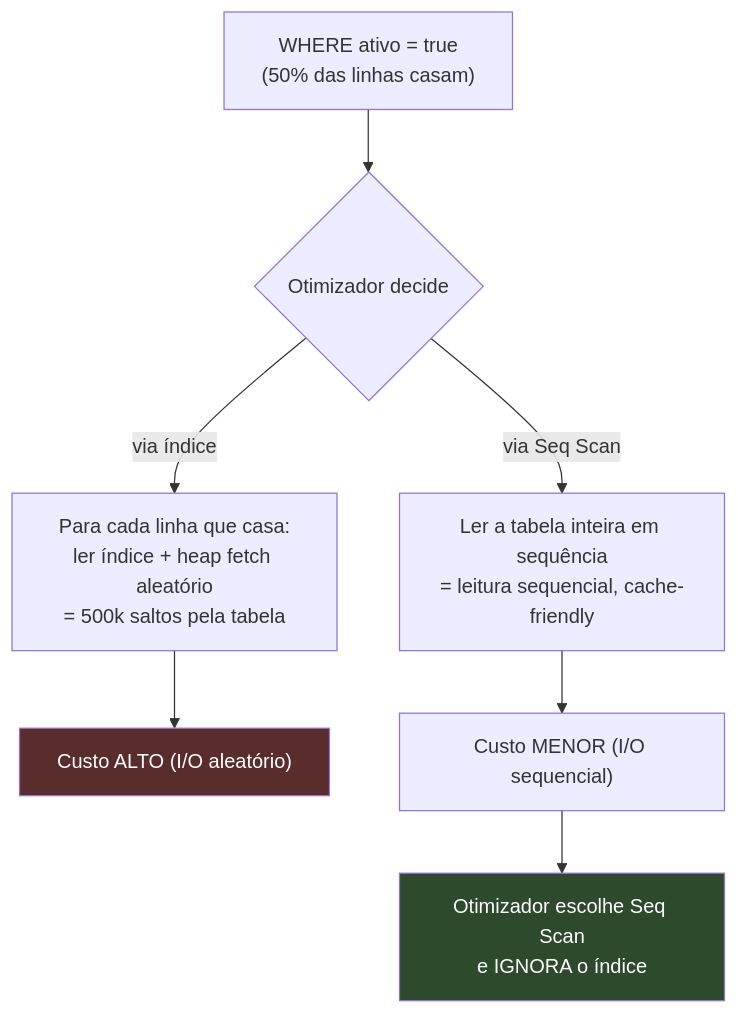
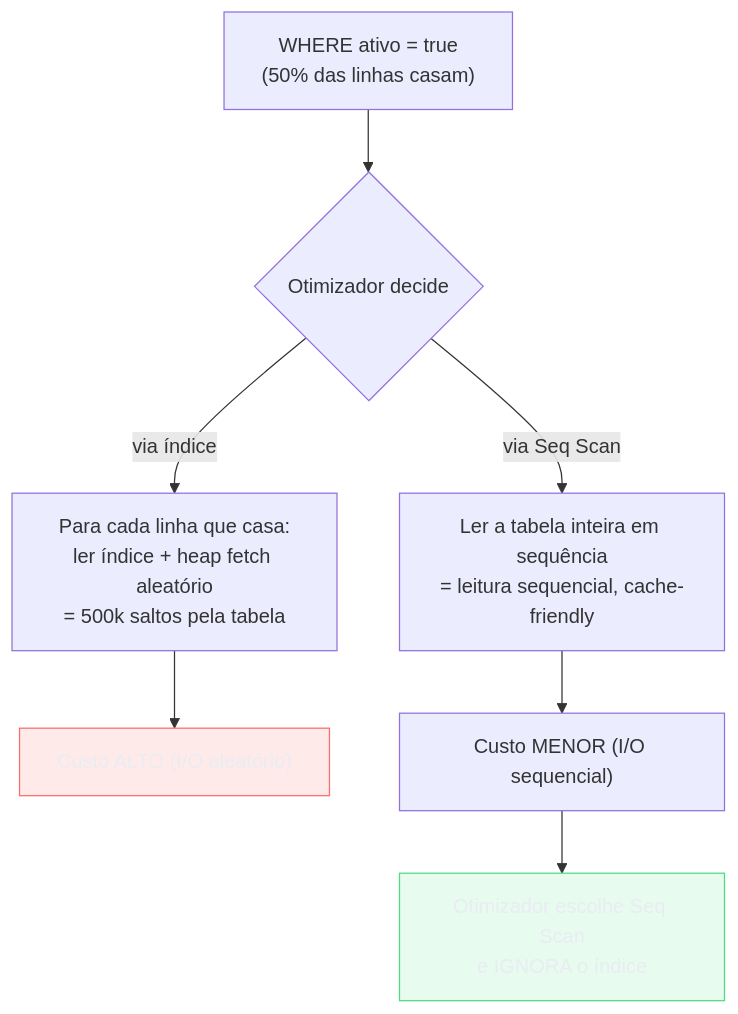
One commit to josenaldo/codex-technomanticus changed the third of 4 diagrams in 03-Dominios/Ciência/Banco de Dados/07 - Índices.md. Above: the diagram before and after it, drawn with Mermaid. The commit also changed other lines of this file and 1181 other files, not shown here.

First line of the commit message:
fix(diagramas): paleta do sistema no lugar de cor cravada no markdown

````diff
--- a/03-Dominios/Ciência/Banco de Dados/07 - Índices.md
+++ b/03-Dominios/Ciência/Banco de Dados/07 - Índices.md
@@ -149,11 +154,13 @@
 ```mermaid
 flowchart TD
+    classDef ok fill:#4ADE8021,stroke:#4ADE80,color:#E9ECF2
+    classDef falha fill:#FF6B6B24,stroke:#FF6B6B,color:#E9ECF2
     Q["WHERE ativo = true<br/>(50% das linhas casam)"] --> D{"Otimizador decide"}
     D -->|"via índice"| I["Para cada linha que casa:<br/>ler índice + heap fetch aleatório<br/>= 500k saltos pela tabela"]
     D -->|"via Seq Scan"| S["Ler a tabela inteira em sequência<br/>= leitura sequencial, cache-friendly"]
     I --> C["Custo ALTO (I/O aleatório)"]
     S --> CH["Custo MENOR (I/O sequencial)"]
     CH --> WIN["Otimizador escolhe Seq Scan<br/>e IGNORA o índice"]
-    style WIN fill:#2d4a2d,color:#fff
-    style C fill:#5a2d2d,color:#fff
+    class WIN ok
+    class C falha
 ```
````
